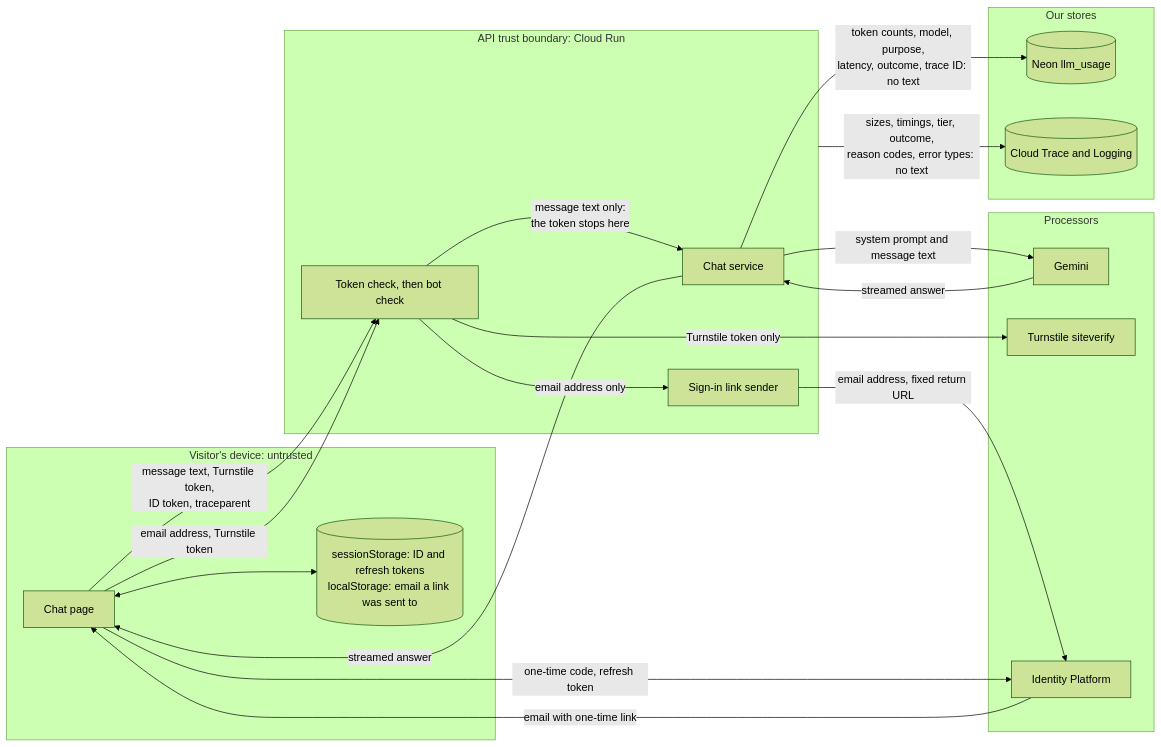
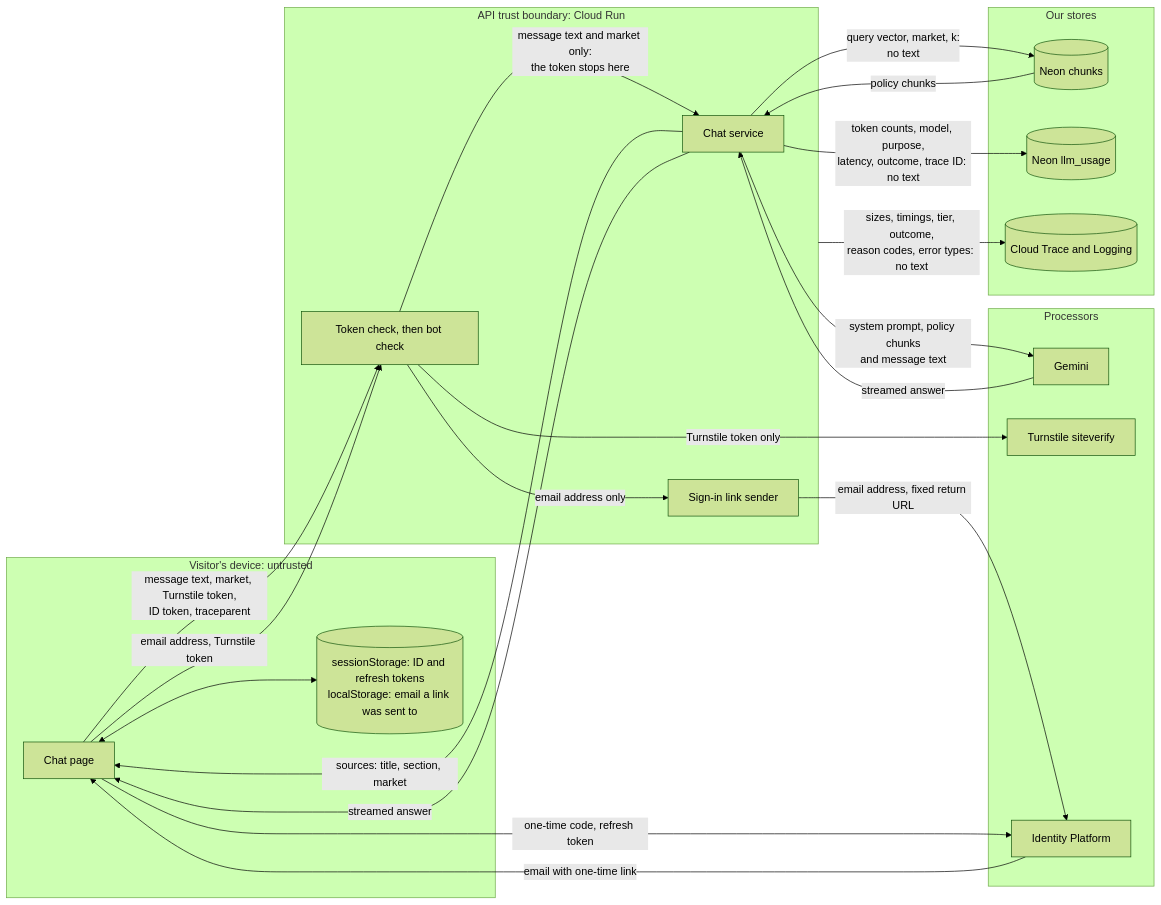
Before and after one commit to ramirez-ai-labs/spanish-support-chatbot: the third of 7 diagrams in docs/design.md, drawn with Mermaid (forest theme). The commit also changed other lines of this file and 5 other files, not shown here.

First line of the commit message:
docs: close M2: retrieval and indexing live in the design doc, roadmap ticked, build and friction logs (#114)

````diff
--- a/docs/design.md
+++ b/docs/design.md
@@ -127,39 +130,43 @@
 ```mermaid
 flowchart LR
     subgraph device["Visitor's device: untrusted"]
         page["Chat page"]
         store[("sessionStorage: ID and refresh tokens<br/>localStorage: email a link was sent to")]
     end
 
     subgraph api["API trust boundary: Cloud Run"]
         checks["Token check, then bot check"]
         core["Chat service"]
         signin["Sign-in link sender"]
     end
 
     subgraph processors["Processors"]
         gemini["Gemini"]
         cfv["Turnstile siteverify"]
         idp["Identity Platform"]
     end
 
     subgraph ours["Our stores"]
+        chunks[("Neon chunks")]
         neon[("Neon llm_usage")]
         obs[("Cloud Trace and Logging")]
     end
 
     page <--> store
-    page -- "message text, Turnstile token,<br/>ID token, traceparent" --> checks
+    page -- "message text, market, Turnstile token,<br/>ID token, traceparent" --> checks
     page -- "email address, Turnstile token" --> checks
     checks -- "Turnstile token only" --> cfv
-    checks -- "message text only:<br/>the token stops here" --> core
+    checks -- "message text and market only:<br/>the token stops here" --> core
     checks -- "email address only" --> signin
-    core -- "system prompt and message text" --> gemini
+    core -- "query vector, market, k:<br/>no text" --> chunks
+    chunks -- "policy chunks" --> core
+    core -- "system prompt, policy chunks<br/>and message text" --> gemini
+    core -- "sources: title, section, market" --> page
     gemini -- "streamed answer" --> core
     core -- "streamed answer" --> page
     signin -- "email address, fixed return URL" --> idp
     idp -- "email with one-time link" --> page
     page -- "one-time code, refresh token" --> idp
     core -- "token counts, model, purpose,<br/>latency, outcome, trace ID: no text" --> neon
     api -- "sizes, timings, tier, outcome,<br/>reason codes, error types: no text" --> obs
 ```
````
